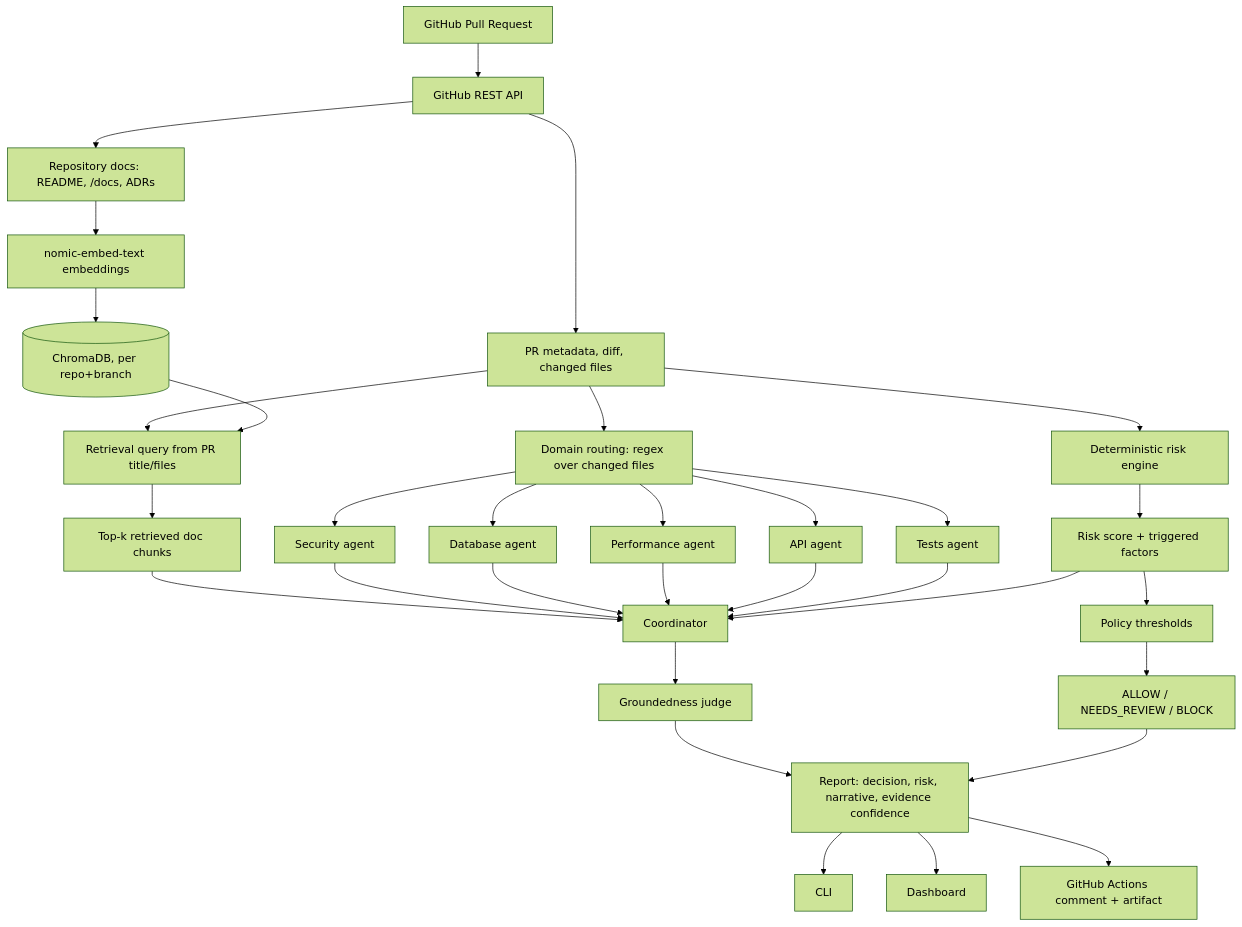
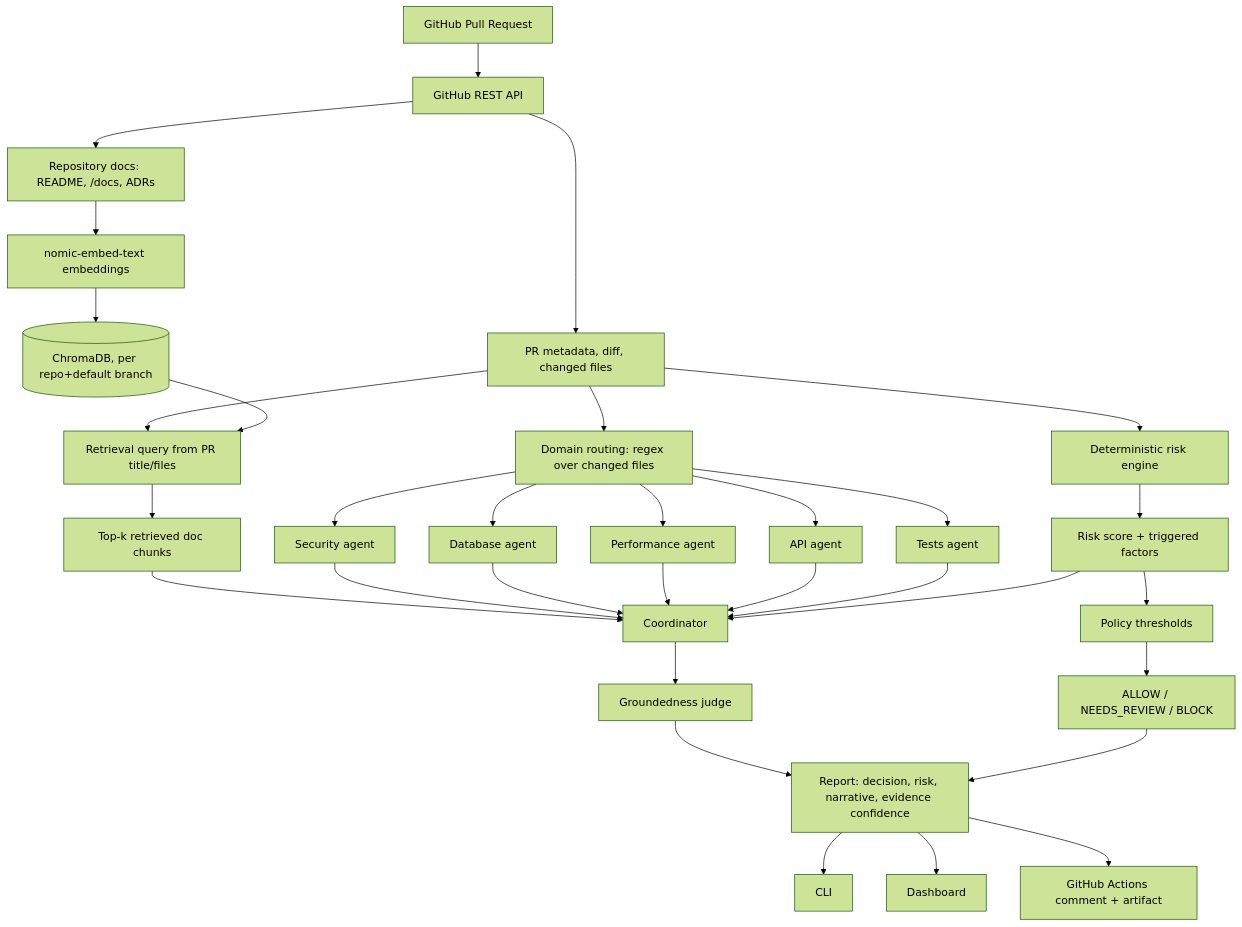
One commit to PrateekaBhat/pr-sentinel changed the diagram in README.md. Above: the diagram before and after it, drawn with Mermaid (forest theme). The commit also changed other lines of this file, not shown here.

````diff
--- a/README.md
+++ b/README.md
@@ -54,40 +54,40 @@
 ```mermaid
 flowchart TD
     PR[GitHub Pull Request] --> GH[GitHub REST API]
     GH --> META[PR metadata, diff, changed files]
     GH --> DOCS[Repository docs: README, /docs, ADRs]
 
     DOCS --> EMBED[nomic-embed-text embeddings]
-    EMBED --> CHROMA[(ChromaDB, per repo+branch)]
+    EMBED --> CHROMA[(ChromaDB, per repo+default branch)]
     META --> QUERY[Retrieval query from PR title/files]
     CHROMA --> QUERY
     QUERY --> RAGCTX[Top-k retrieved doc chunks]
 
     META --> HEUR[Deterministic risk engine]
     HEUR --> SCORE[Risk score + triggered factors]
     SCORE --> POLICY[Policy thresholds]
     POLICY --> DECISION[ALLOW / NEEDS_REVIEW / BLOCK]
 
     META --> ROUTE[Domain routing: regex over changed files]
     ROUTE --> SEC[Security agent]
     ROUTE --> DB[Database agent]
     ROUTE --> PERF[Performance agent]
     ROUTE --> API[API agent]
     ROUTE --> TEST[Tests agent]
 
     RAGCTX --> COORD[Coordinator]
     SEC --> COORD
     DB --> COORD
     PERF --> COORD
     API --> COORD
     TEST --> COORD
     SCORE --> COORD
 
     COORD --> JUDGE[Groundedness judge]
     JUDGE --> REPORT[Report: decision, risk, narrative, evidence confidence]
     DECISION --> REPORT
 
     REPORT --> CLI[CLI]
     REPORT --> DASH[Dashboard]
     REPORT --> ACTIONS[GitHub Actions comment + artifact]
 ```
````
